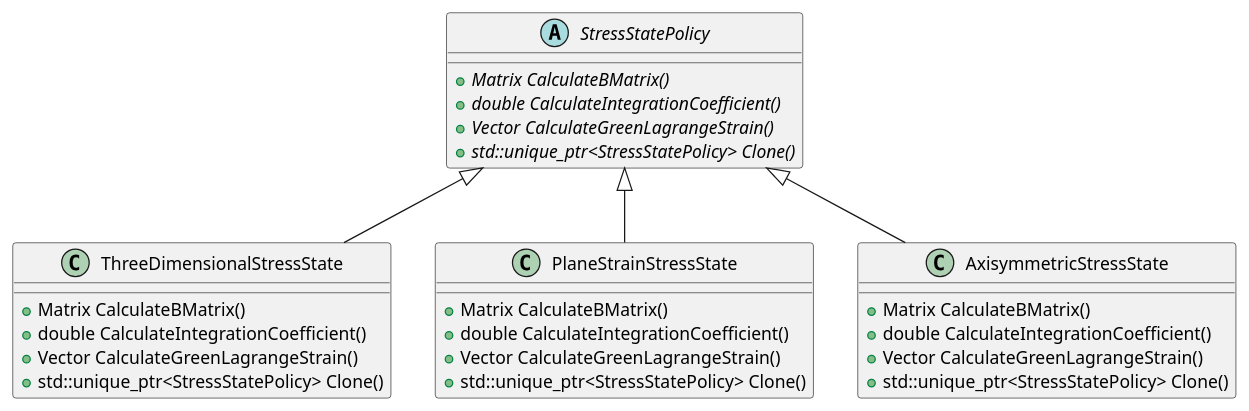
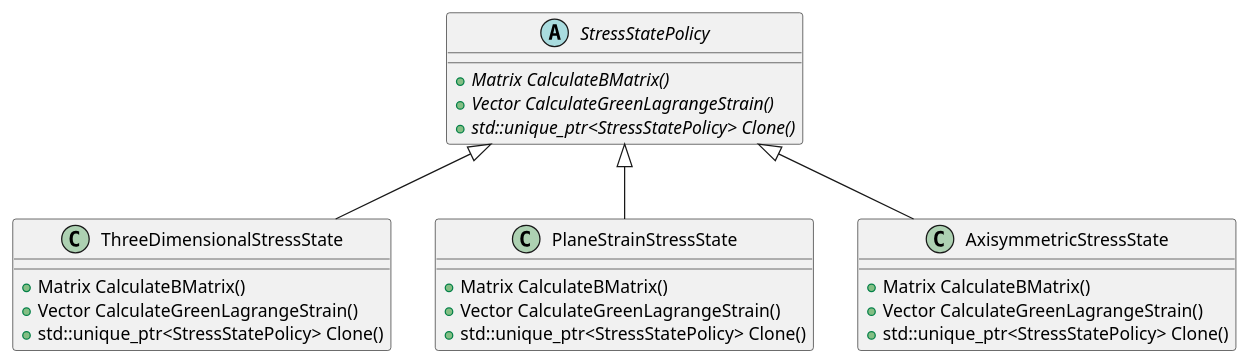
One commit to KratosMultiphysics/Kratos changed the diagram in applications/GeoMechanicsApplication/custom_elements/stress_state_policies.puml. Above: the diagram before and after it, drawn with PlantUML. The commit also changed 13 other files, not shown here.

Commit message:
removed CalculateIntegrationCoefficient from stress state policies

```diff
--- a/applications/GeoMechanicsApplication/custom_elements/stress_state_policies.puml
+++ b/applications/GeoMechanicsApplication/custom_elements/stress_state_policies.puml
@@ -1,35 +1,31 @@
 @startuml
 
 abstract class StressStatePolicy {
   +{abstract} Matrix CalculateBMatrix()
-  +{abstract} double CalculateIntegrationCoefficient()
   +{abstract} Vector CalculateGreenLagrangeStrain()
   +{abstract} std::unique_ptr<StressStatePolicy> Clone()
 
 }
 
 class ThreeDimensionalStressState {
   +Matrix CalculateBMatrix()
-  +double CalculateIntegrationCoefficient()
   +Vector CalculateGreenLagrangeStrain()
   +std::unique_ptr<StressStatePolicy> Clone()
 }
 
 class PlaneStrainStressState {
   +Matrix CalculateBMatrix()
-  +double CalculateIntegrationCoefficient()
   +Vector CalculateGreenLagrangeStrain()
   +std::unique_ptr<StressStatePolicy> Clone()
 }
 
 class AxisymmetricStressState {
   +Matrix CalculateBMatrix()
-  +double CalculateIntegrationCoefficient()
   +Vector CalculateGreenLagrangeStrain()
   +std::unique_ptr<StressStatePolicy> Clone()
 }
 
 StressStatePolicy <|-- ThreeDimensionalStressState
 StressStatePolicy <|-- PlaneStrainStressState
 StressStatePolicy <|-- AxisymmetricStressState
 @enduml
```
